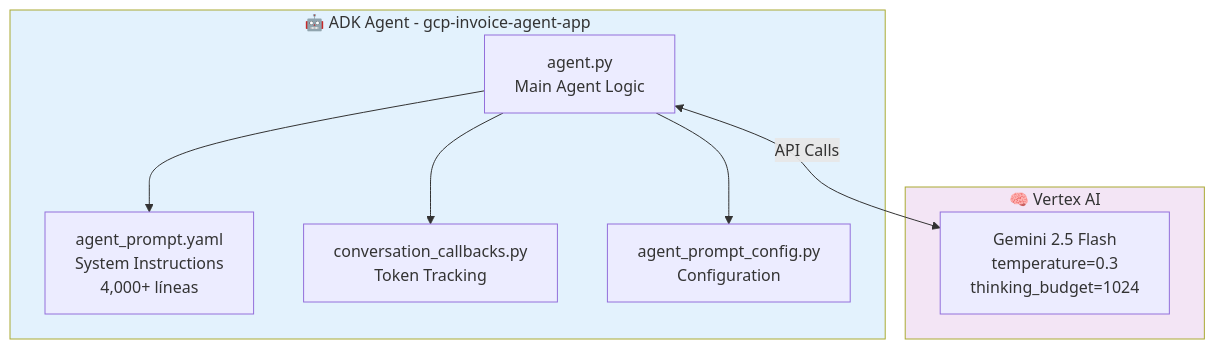
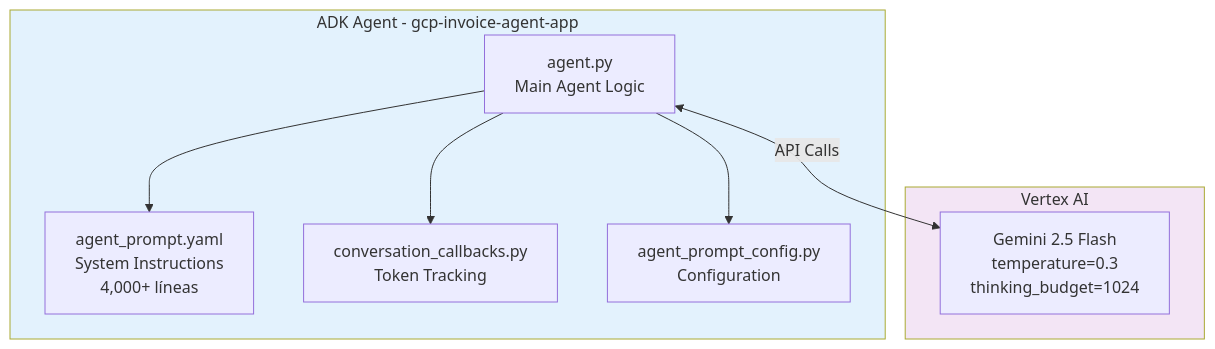
Before and after one commit to miguelp7200/agente: the third of 16 diagrams in docs/official/architecture/20_SYSTEM_ARCHITECTURE.md, drawn with Mermaid. The commit also changed other lines of this file and 12 other files, not shown here.

````diff
--- a/docs/official/architecture/20_SYSTEM_ARCHITECTURE.md
+++ b/docs/official/architecture/20_SYSTEM_ARCHITECTURE.md
@@ -141,21 +141,21 @@
 ```mermaid
 graph TB
-    subgraph ADK["🤖 ADK Agent - gcp-invoice-agent-app"]
+    subgraph ADK["ADK Agent - gcp-invoice-agent-app"]
         Agent["agent.py<br/>Main Agent Logic"]
         Prompt["agent_prompt.yaml<br/>System Instructions<br/>4,000+ líneas"]
         Callbacks["conversation_callbacks.py<br/>Token Tracking"]
         Config["agent_prompt_config.py<br/>Configuration"]
     end
     
-    subgraph Gemini["🧠 Vertex AI"]
+    subgraph Gemini["Vertex AI"]
         Model["Gemini 2.5 Flash<br/>temperature=0.3<br/>thinking_budget=1024"]
     end
     
     Agent --> Prompt
     Agent --> Callbacks
     Agent --> Config
     Agent <-->|API Calls| Model
     
     style ADK fill:#e3f2fd
     style Gemini fill:#f3e5f5
 ```
````
